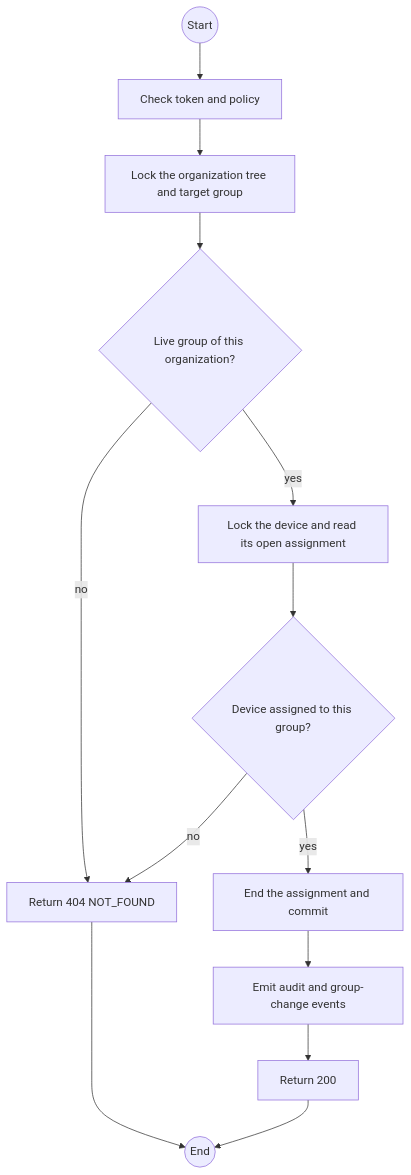
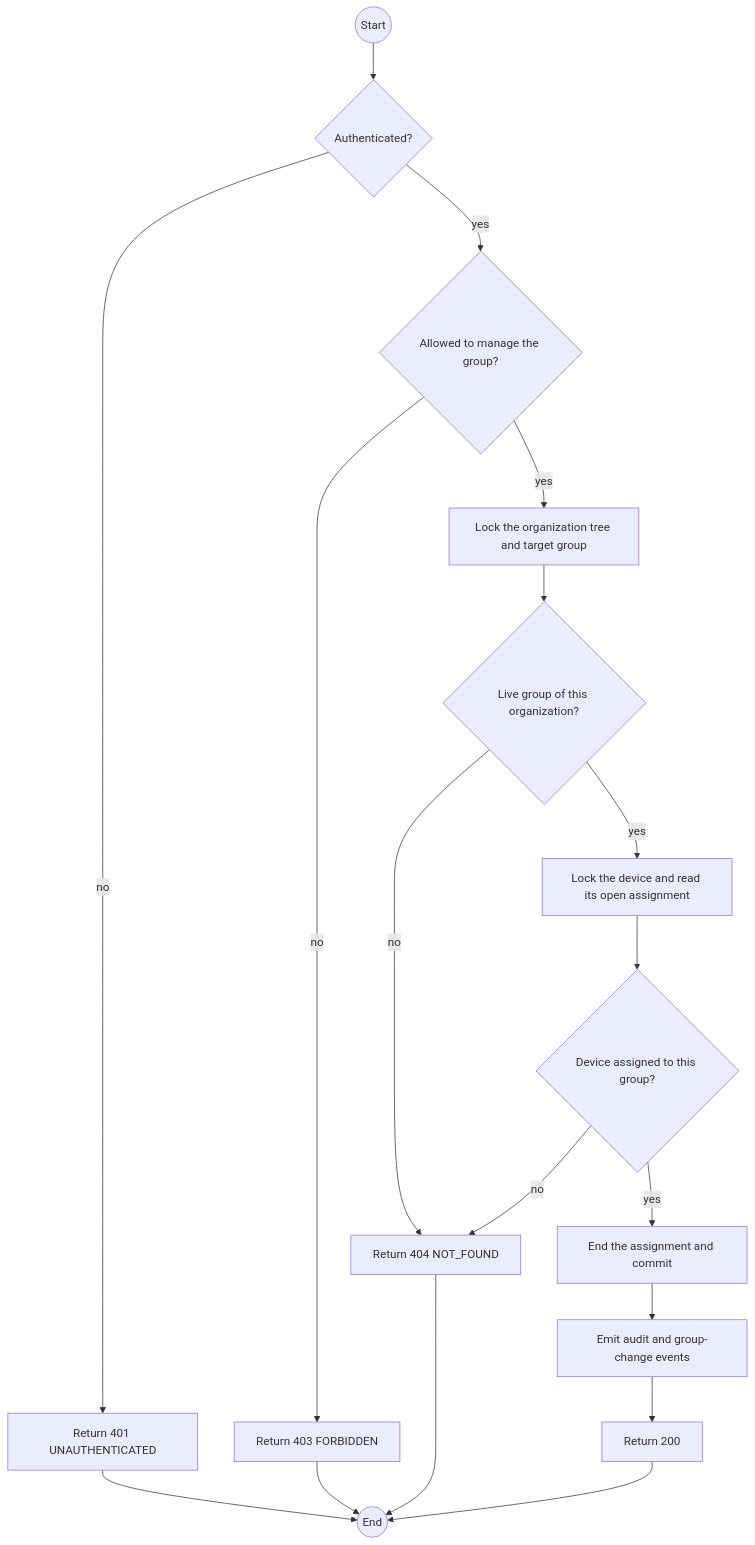
Before and after one commit to TrekLink-Team/treklink-web: the first of 2 diagrams in specs/rentals/api-design/27-delete-groups-id-devices-deviceid.md, drawn with Mermaid. The commit also changed 144 other files, not shown here.

````diff
--- a/specs/rentals/api-design/27-delete-groups-id-devices-deviceid.md
+++ b/specs/rentals/api-design/27-delete-groups-id-devices-deviceid.md
@@ -126,15 +126,20 @@
 ```mermaid
 flowchart TB
-    S((Start)) --> A["Check token and policy"]
-    A --> G["Lock the organization tree and target group"]
+    S((Start)) --> A{"Authenticated?"}
+    A -->|no| E401["Return 401 UNAUTHENTICATED"]
+    A -->|yes| P{"Allowed to manage the group?"}
+    P -->|no| E403["Return 403 FORBIDDEN"]
+    P -->|yes| G["Lock the organization tree and target group"]
     G --> L{"Live group of this organization?"}
     L -->|no| E404["Return 404 NOT_FOUND"]
     L -->|yes| D["Lock the device and read its open assignment"]
     D --> H{"Device assigned to this group?"}
     H -->|no| E404
     H -->|yes| W["End the assignment and commit"]
     W --> V["Emit audit and group-change events"]
     V --> OK["Return 200"]
-    E404 --> Z((End))
+    E401 --> Z((End))
+    E403 --> Z
+    E404 --> Z
     OK --> Z
 ```
````
